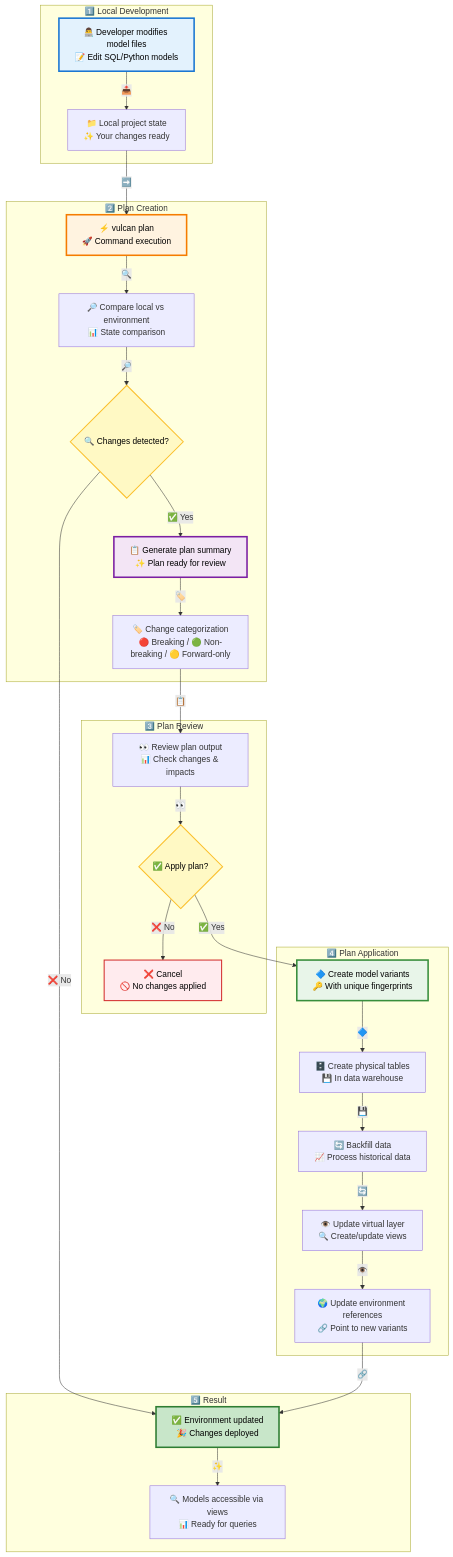
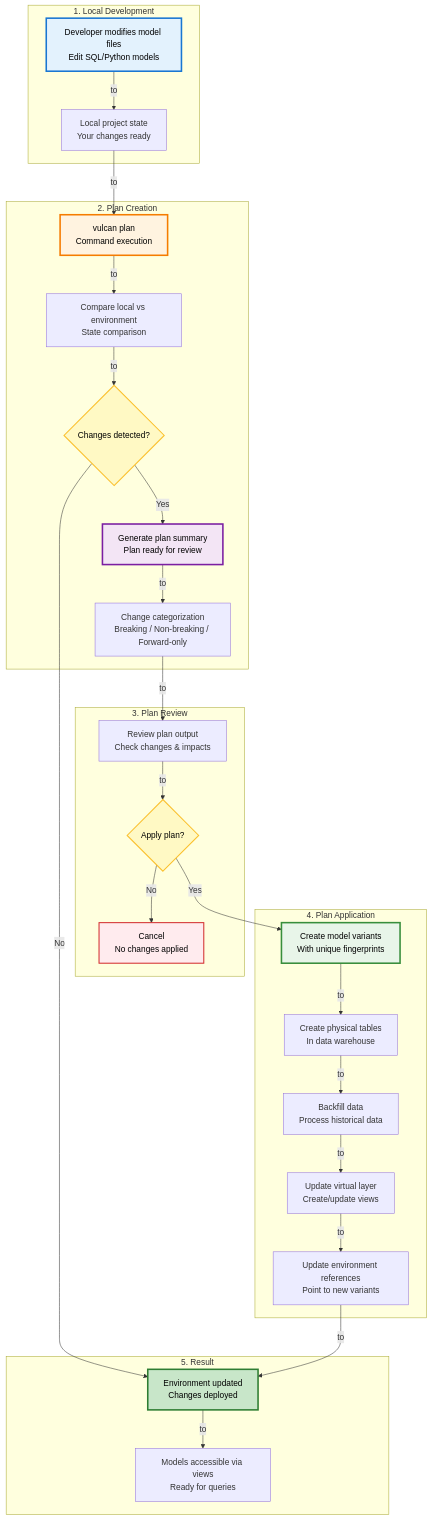
Before and after one commit to tmdc-io/vulcan-book: the first of 4 diagrams in docs/references/plans.md, drawn with Mermaid. The commit also changed other lines of this file and 6 other files, not shown here.

Commit message:
updated mermaid diagrams to remove emojis, commented out the old plan guide o have only the new 2.0 plan guide

````diff
--- a/docs/references/plans.md
+++ b/docs/references/plans.md
@@ -9,61 +9,61 @@
 ```mermaid
 flowchart TD
-    subgraph "1️⃣ Local Development"
-        A[👨‍💻 Developer modifies model files<br/>📝 Edit SQL/Python models]
-        B[📁 Local project state<br/>✨ Your changes ready]
+    subgraph "1. Local Development"
+        A[Developer modifies model files<br/>Edit SQL/Python models]
+        B[Local project state<br/>Your changes ready]
     end
 
-    subgraph "2️⃣ Plan Creation"
-        C[⚡ vulcan plan<br/>🚀 Command execution]
-        D[🔎 Compare local vs environment<br/>📊 State comparison]
-        E{🔍 Changes detected?}
-        F[📋 Generate plan summary<br/>✨ Plan ready for review]
-        G[🏷️ Change categorization<br/>🔴 Breaking / 🟢 Non-breaking / 🟡 Forward-only]
+    subgraph "2. Plan Creation"
+        C[vulcan plan<br/>Command execution]
+        D[Compare local vs environment<br/>State comparison]
+        E{Changes detected?}
+        F[Generate plan summary<br/>Plan ready for review]
+        G[Change categorization<br/>Breaking / Non-breaking / Forward-only]
     end
 
-    subgraph "3️⃣ Plan Review"
-        H[👀 Review plan output<br/>📊 Check changes & impacts]
-        I{✅ Apply plan?}
-        J[❌ Cancel<br/>🚫 No changes applied]
+    subgraph "3. Plan Review"
+        H[Review plan output<br/>Check changes & impacts]
+        I{Apply plan?}
+        J[Cancel<br/>No changes applied]
     end
 
-    subgraph "4️⃣ Plan Application"
-        K[🔷 Create model variants<br/>🔑 With unique fingerprints]
-        L[🗄️ Create physical tables<br/>💾 In data warehouse]
-        M[🔄 Backfill data<br/>📈 Process historical data]
-        N[👁️ Update virtual layer<br/>🔍 Create/update views]
-        O[🌍 Update environment references<br/>🔗 Point to new variants]
+    subgraph "4. Plan Application"
+        K[Create model variants<br/>With unique fingerprints]
+        L[Create physical tables<br/>In data warehouse]
+        M[Backfill data<br/>Process historical data]
+        N[Update virtual layer<br/>Create/update views]
+        O[Update environment references<br/>Point to new variants]
     end
 
-    subgraph "5️⃣ Result"
-        P[✅ Environment updated<br/>🎉 Changes deployed]
-        Q[🔍 Models accessible via views<br/>📊 Ready for queries]
+    subgraph "5. Result"
+        P[Environment updated<br/>Changes deployed]
+        Q[Models accessible via views<br/>Ready for queries]
     end
 
-    A -->|"📤"| B
-    B -->|"➡️"| C
-    C -->|"🔍"| D
-    D -->|"🔎"| E
-    E -->|"✅ Yes"| F
-    E -->|"❌ No"| P
-    F -->|"🏷️"| G
-    G -->|"📋"| H
-    H -->|"👀"| I
-    I -->|"✅ Yes"| K
-    I -->|"❌ No"| J
-    K -->|"🔷"| L
-    L -->|"💾"| M
-    M -->|"🔄"| N
-    N -->|"👁️"| O
-    O -->|"🔗"| P
-    P -->|"✨"| Q
+    A -->|"to"| B
+    B -->|"to"| C
+    C -->|"to"| D
+    D -->|"to"| E
+    E -->|"Yes"| F
+    E -->|"No"| P
+    F -->|"to"| G
+    G -->|"to"| H
+    H -->|"to"| I
+    I -->|"Yes"| K
+    I -->|"No"| J
+    K -->|"to"| L
+    L -->|"to"| M
+    M -->|"to"| N
+    N -->|"to"| O
+    O -->|"to"| P
+    P -->|"to"| Q
 
     style A fill:#e3f2fd,stroke:#1976d2,stroke-width:3px,color:#000
     style C fill:#fff3e0,stroke:#f57c00,stroke-width:3px,color:#000
     style F fill:#f3e5f5,stroke:#7b1fa2,stroke-width:3px,color:#000
     style K fill:#e8f5e9,stroke:#388e3c,stroke-width:3px,color:#000
     style P fill:#c8e6c9,stroke:#2e7d32,stroke-width:3px,color:#000
     style E fill:#fff9c4,stroke:#fbc02d,stroke-width:2px,color:#000
     style I fill:#fff9c4,stroke:#fbc02d,stroke-width:2px,color:#000
     style J fill:#ffebee,stroke:#d32f2f,stroke-width:2px,color:#000
 ```
````
